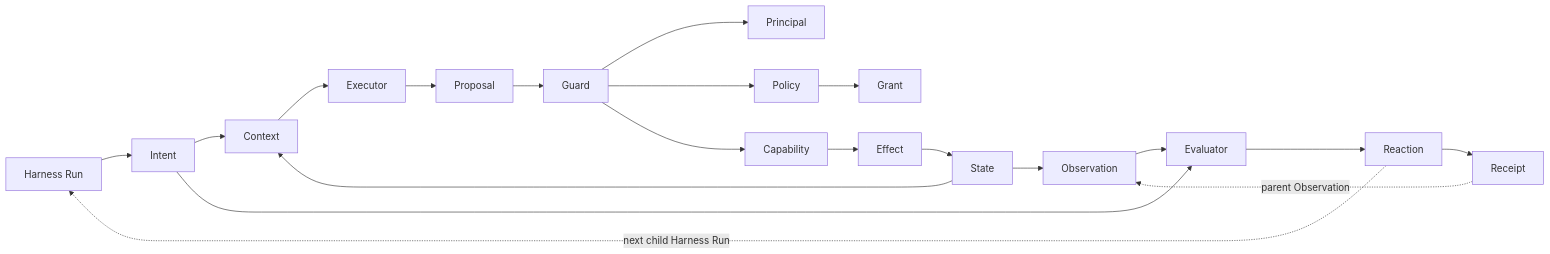
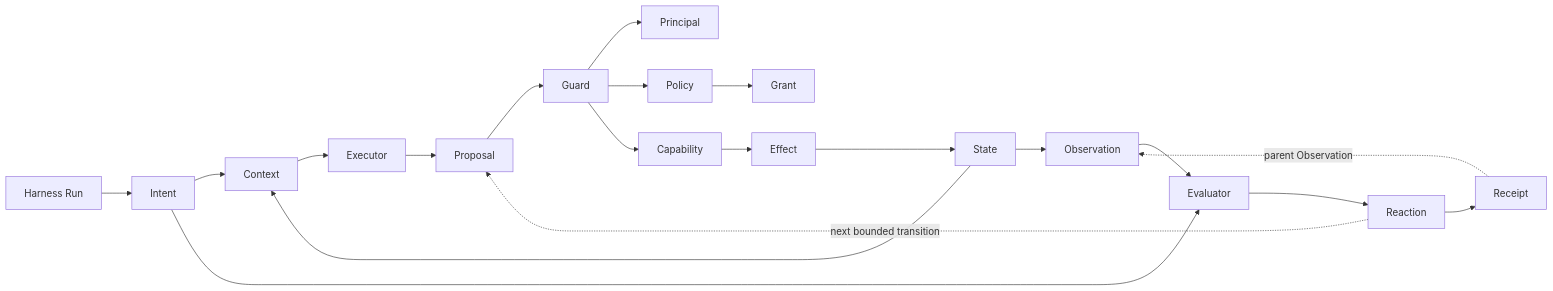
One commit to bioshazard/harness-engineering changed the diagram in poc/hello-world/docs/ontology.md. Above: the diagram before and after it, drawn with Mermaid. The commit also changed other lines of this file and 11 other files, not shown here.

````diff
--- a/poc/hello-world/docs/ontology.md
+++ b/poc/hello-world/docs/ontology.md
@@ -68,22 +74,22 @@
 ```mermaid
 flowchart LR
   H["Harness Run"] --> I["Intent"]
   I --> K["Context"]
   S --> K
   K --> X["Executor"]
   X --> P["Proposal"]
   P --> G["Guard"]
   G --> N["Principal"]
   G --> Y["Policy"]
   Y --> A["Grant"]
   G --> C["Capability"]
   C --> F["Effect"]
   F --> S["State"]
   S --> O["Observation"]
   O --> E["Evaluator"]
   I --> E
   E --> R["Reaction"]
   R --> Q["Receipt"]
   Q -. "parent Observation" .-> O
-  R -. "next child Harness Run" .-> H
+  R -. "next bounded transition" .-> P
 ```
````
